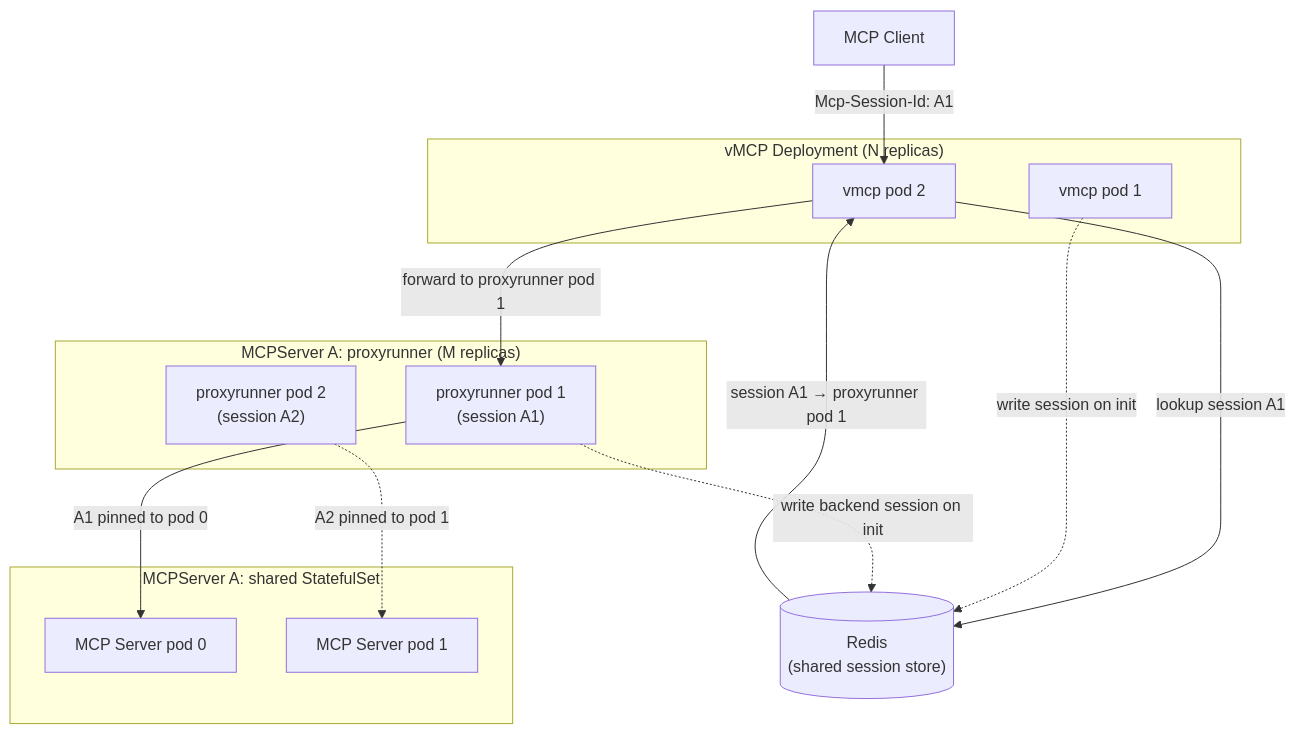
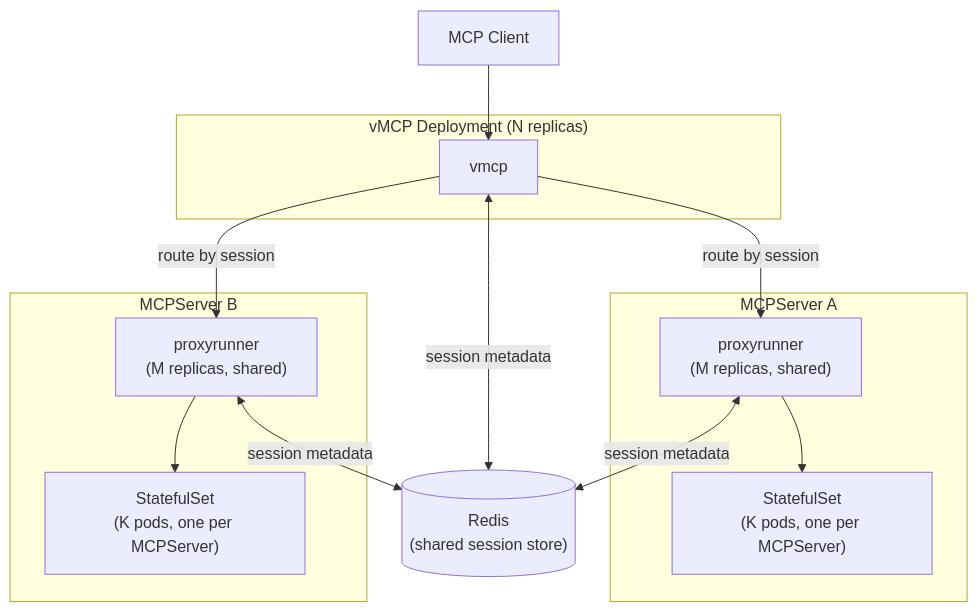
One commit to stacklok/toolhive-rfcs changed the second of 2 diagrams in rfcs/THV-XXXX-vmcp-proxyrunner-horizontal-scaling.md. Above: the diagram before and after it, drawn with Mermaid. The commit also changed other lines of this file, not shown here.

Commit message:
Address second round of review comments
- §1.1 diagram: remove replica count labels from nodes
- §3.1: add proxyrunner scale-in (non-stdio) to in scope
- §3.2: note 1:1 StatefulSet ratio as future stdio scaling path
- §3.2: clarify inter-proxyrunner routing is best-effort
- §3.2: replace proxyrunner scale-in out-of-scope bullet with
  graceful drain and backend StatefulSet scale-in bullets
- §3.3: update table to reflect proxyrunner scale-in is in scope
- §4.1: simplify diagram (no individual pod nodes)
- §5.1: remove R-VMCP-6 (vMCP pod DNS exposure)
- §5.4: fix R-DEP-4 to focus on backend scale-in as disruptive

````diff
--- a/rfcs/THV-XXXX-vmcp-proxyrunner-horizontal-scaling.md
+++ b/rfcs/THV-XXXX-vmcp-proxyrunner-horizontal-scaling.md
@@ -209,31 +211,28 @@
 ```mermaid
 graph TB
     Client[MCP Client]
+    Redis[("Redis<br/>(shared session store)")]
 
-    subgraph "vMCP Deployment (N replicas)"
-        V1["vmcp pod 1"]
-        V2["vmcp pod 2"]
+    subgraph vmcpDeployment ["vMCP Deployment (N replicas)"]
+        VMCP[vmcp]
     end
 
-    Redis[("Redis<br/>(shared session store)")]
-
-    subgraph "MCPServer A: proxyrunner (M replicas)"
-        PR1["proxyrunner pod 1<br/>(session A1)"]
-        PR2["proxyrunner pod 2<br/>(session A2)"]
+    subgraph mcpserverA ["MCPServer A"]
+        PRA["proxyrunner<br/>(M replicas, shared)"]
+        STSA["StatefulSet<br/>(K pods, one per MCPServer)"]
     end
 
-    subgraph "MCPServer A: shared StatefulSet"
-        STS1["MCP Server pod 0"]
-        STS2["MCP Server pod 1"]
+    subgraph mcpserverB ["MCPServer B"]
+        PRB["proxyrunner<br/>(M replicas, shared)"]
+        STSB["StatefulSet<br/>(K pods, one per MCPServer)"]
     end
 
-    Client -->|Mcp-Session-Id: A1| V2
-    V2 -->|lookup session A1| Redis
-    Redis -->|session A1 → proxyrunner pod 1| V2
-    V2 -->|forward to proxyrunner pod 1| PR1
-    PR1 -->|A1 pinned to pod 0| STS1
-    PR2 -.->|A2 pinned to pod 1| STS2
-
-    V1 -.->|write session on init| Redis
-    PR1 -.->|write backend session on init| Redis
+    Client --> VMCP
+    VMCP <-->|session metadata| Redis
+    VMCP -->|route by session| PRA
+    VMCP -->|route by session| PRB
+    PRA <-->|session metadata| Redis
+    PRB <-->|session metadata| Redis
+    PRA --> STSA
+    PRB --> STSB
 ```
````
